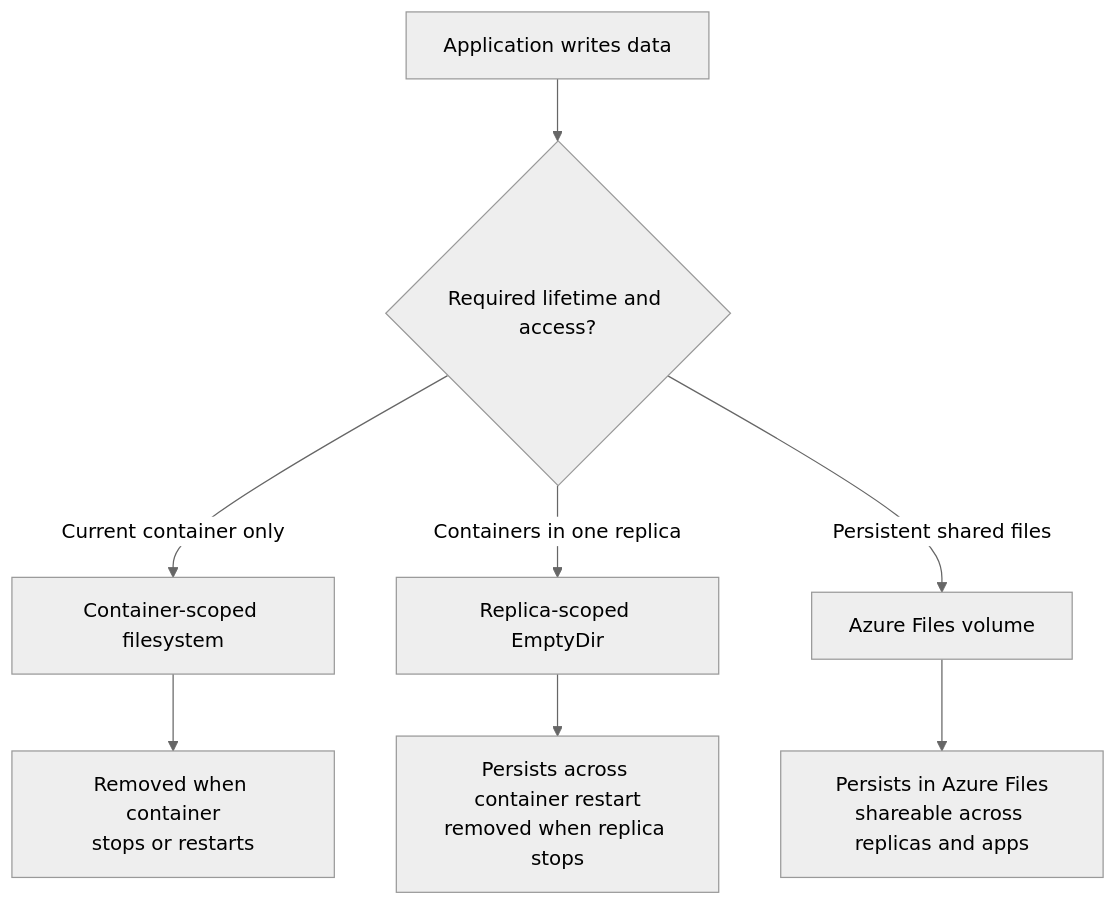
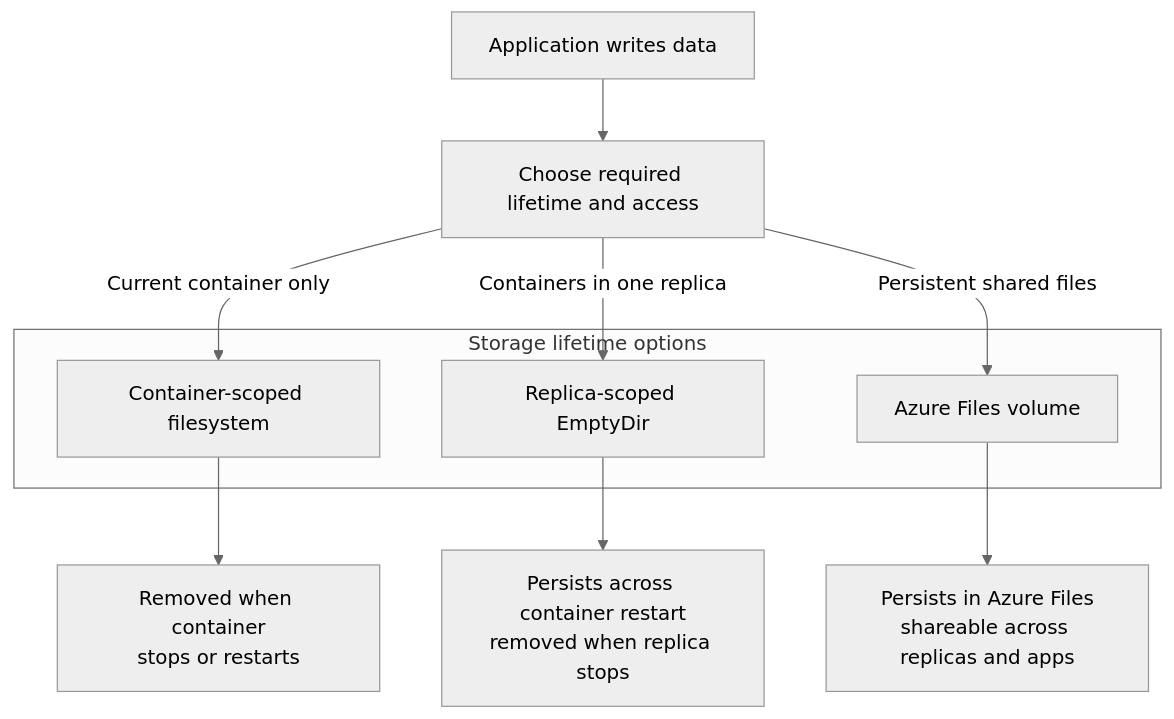
One commit to yeongseon/azure-container-apps-practical-guide changed the second of 2 diagrams in docs/language-guides/python/recipes/storage.md. Above: the diagram before and after it, drawn with Mermaid (neutral theme). The commit also changed other lines of this file and 16 other files, not shown here.

Commit message:
fix(docs): address Python recipe diagram review

````diff
--- a/docs/language-guides/python/recipes/storage.md
+++ b/docs/language-guides/python/recipes/storage.md
@@ -61,22 +62,28 @@
 ```mermaid
 flowchart TD
     accTitle: Compare Container Apps storage lifetimes
     accDescr: Container-scoped filesystem data lasts until that container stops or restarts. EmptyDir data is shared by containers in one replica and lasts for the replica lifetime, including individual container restarts. Azure Files persists outside replicas and can be shared across replicas, revisions, and apps.
 
     WRITE[Application writes data]
-    CHOICE{Required lifetime and access?}
+    CHOICE[Choose required lifetime and access]
     LOCAL[Container-scoped filesystem]
     EMPTY[Replica-scoped EmptyDir]
     FILES[Azure Files volume]
     LOCAL_END[Removed when container<br/>stops or restarts]
     EMPTY_END[Persists across container restart<br/>removed when replica stops]
     FILES_KEEP[Persists in Azure Files<br/>shareable across replicas and apps]
+
+    subgraph OPTIONS[Storage lifetime options]
+        LOCAL
+        EMPTY
+        FILES
+    end
 
     WRITE --> CHOICE
     CHOICE -->|Current container only| LOCAL
     CHOICE -->|Containers in one replica| EMPTY
     CHOICE -->|Persistent shared files| FILES
     LOCAL --> LOCAL_END
     EMPTY --> EMPTY_END
     FILES --> FILES_KEEP
 ```
````
